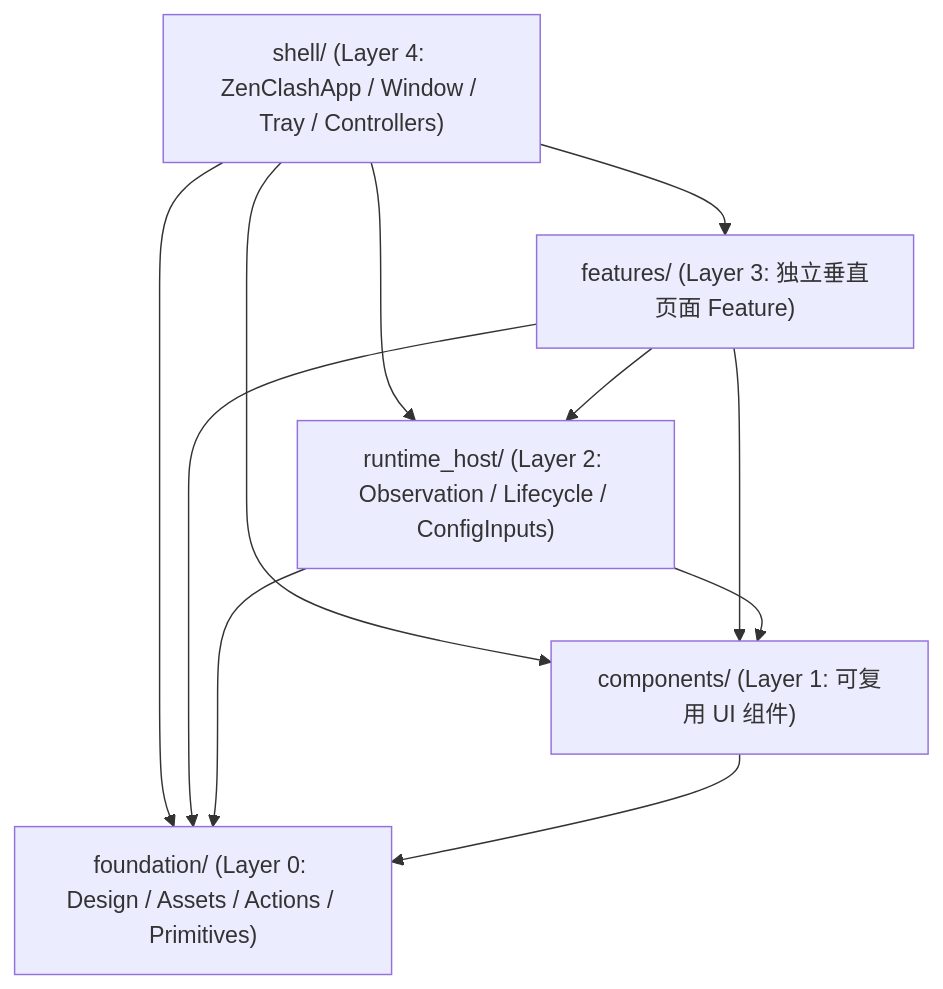
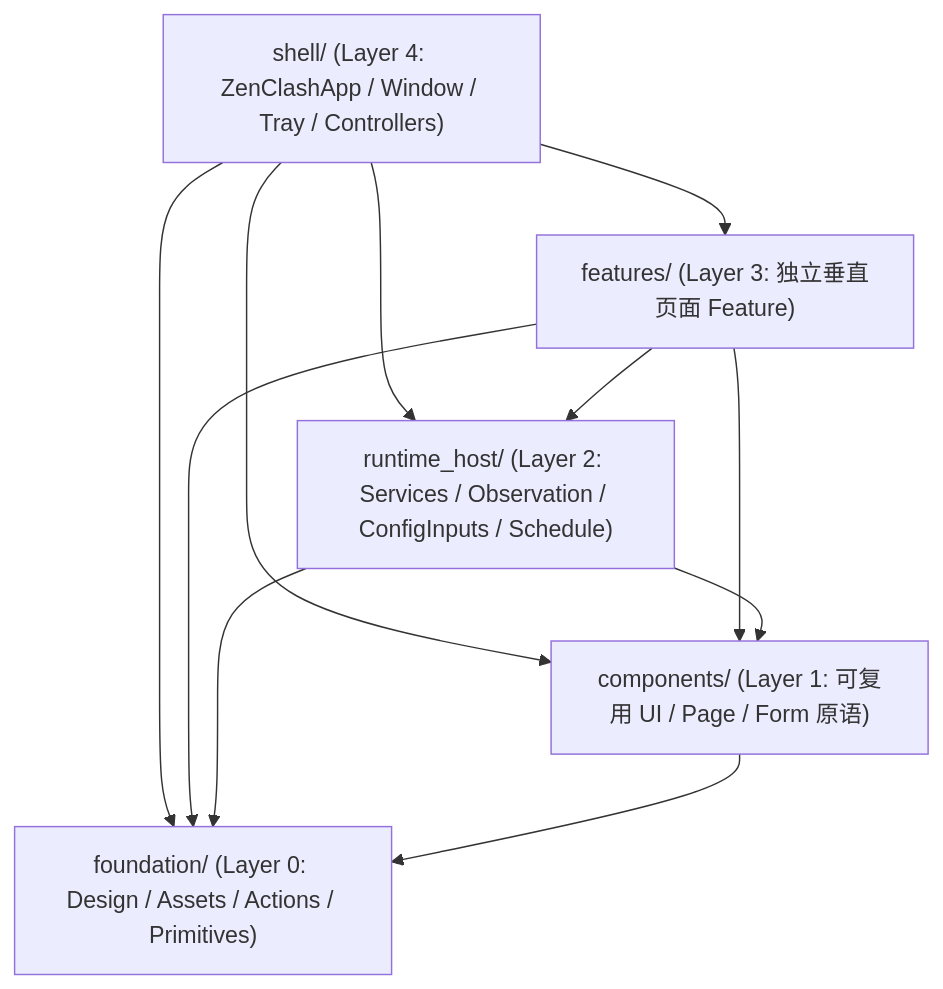
The diagram in docs/development/zenclash-ui-layout-redesign-2026-11-22.md (HaiwenZhang/ZenClash), drawn with Mermaid before and after one commit. The commit also changed other lines of this file and 31 other files, not shown here.

````diff
--- a/docs/development/zenclash-ui-layout-redesign-2026-11-22.md
+++ b/docs/development/zenclash-ui-layout-redesign-2026-11-22.md
@@ -291,13 +293,13 @@
 ```mermaid
 flowchart TD
     L4["shell/ (Layer 4: ZenClashApp / Window / Tray / Controllers)"] --> L3["features/ (Layer 3: 独立垂直页面 Feature)"]
-    L4 --> L2["runtime_host/ (Layer 2: Observation / Lifecycle / ConfigInputs)"]
-    L4 --> L1["components/ (Layer 1: 可复用 UI 组件)"]
+    L4 --> L2["runtime_host/ (Layer 2: Services / Observation / ConfigInputs / Schedule)"]
+    L4 --> L1["components/ (Layer 1: 可复用 UI / Page / Form 原语)"]
     L4 --> L0["foundation/ (Layer 0: Design / Assets / Actions / Primitives)"]
     L3 --> L2
     L3 --> L1
     L3 --> L0
     L2 --> L1
     L2 --> L0
     L1 --> L0
 ```
````
